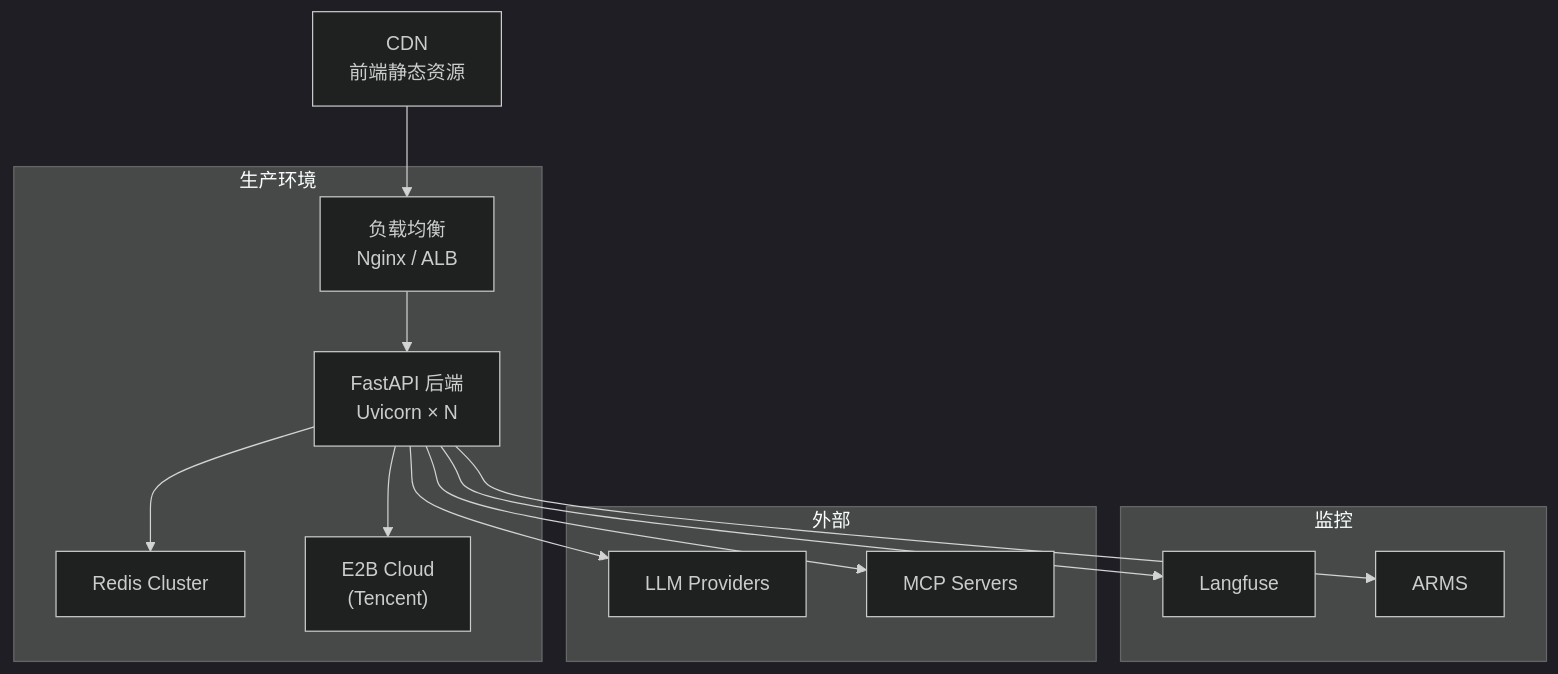
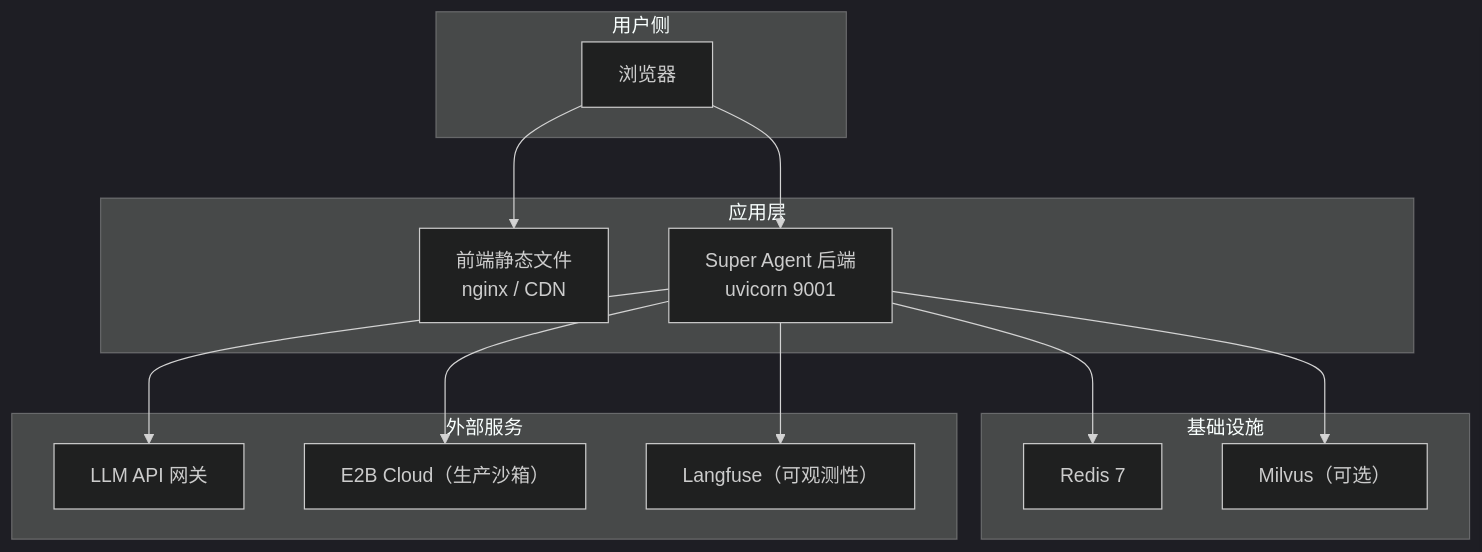
One commit to ryanSir/super-agent changed the diagram in doc-arch/06-deployment-guide.md. Above: the diagram before and after it, drawn with Mermaid (dark theme). The commit also changed other lines of this file and 56 other files, not shown here.

Commit message:
重新生成架构文档补充技术架构图

````diff
--- a/doc-arch/06-deployment-guide.md
+++ b/doc-arch/06-deployment-guide.md
@@ -130,28 +135,30 @@
 ```mermaid
 graph TB
-    subgraph Production["生产环境"]
-        LB["负载均衡<br/>Nginx / ALB"]
-        App["FastAPI 后端<br/>Uvicorn × N"]
-        RedisCluster["Redis Cluster"]
-        E2BCloud["E2B Cloud<br/>(Tencent)"]
+    subgraph 用户侧
+        Browser["浏览器"]
     end
 
-    subgraph Monitoring["监控"]
-        LF["Langfuse"]
-        ARMS["ARMS"]
+    subgraph 应用层
+        FE["前端静态文件\nnginx / CDN"]
+        BE["Super Agent 后端\nuvicorn 9001"]
     end
 
-    subgraph External["外部"]
-        LLM["LLM Providers"]
-        MCP["MCP Servers"]
+    subgraph 基础设施
+        Redis["Redis 7"]
+        Milvus["Milvus（可选）"]
     end
 
-    CDN["CDN<br/>前端静态资源"] --> LB
-    LB --> App
-    App --> RedisCluster
-    App --> E2BCloud
-    App --> LLM
-    App --> MCP
-    App --> LF
-    App --> ARMS
+    subgraph 外部服务
+        LLM["LLM API 网关"]
+        E2B["E2B Cloud（生产沙箱）"]
+        Langfuse["Langfuse（可观测性）"]
+    end
+
+    Browser --> FE
+    Browser --> BE
+    BE --> Redis
+    BE --> Milvus
+    BE --> LLM
+    BE --> E2B
+    BE --> Langfuse
 ```
````
